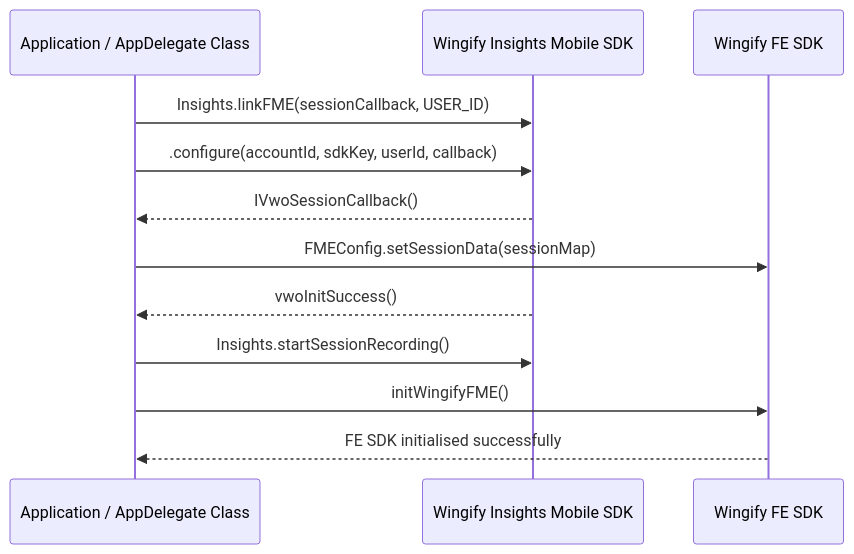
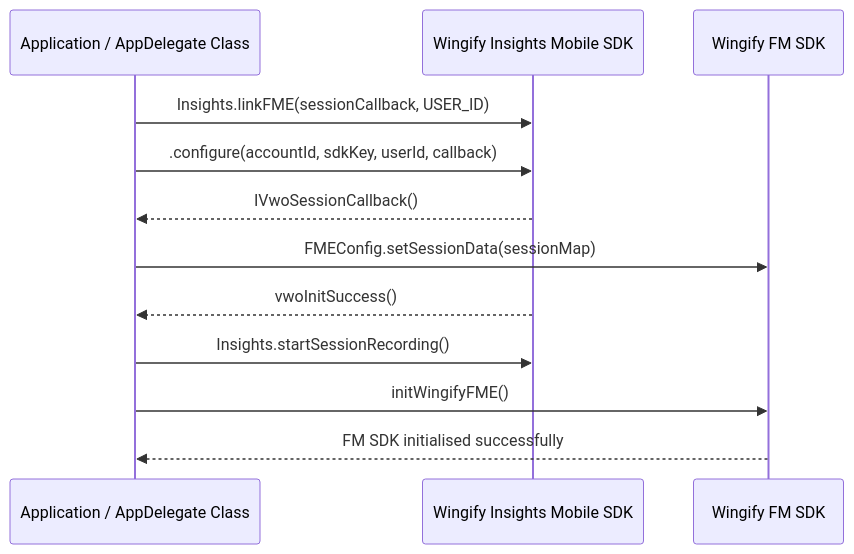
The diagram in docs/Integrations/fme-analytics-integrations/fme-integrations-vwo-insights-mobile.md (wingify/readme-central), drawn with Mermaid before and after one commit. The commit also changed other lines of this file and 192 other files, not shown here.

````diff
--- a/docs/Integrations/fme-analytics-integrations/fme-integrations-vwo-insights-mobile.md
+++ b/docs/Integrations/fme-analytics-integrations/fme-integrations-vwo-insights-mobile.md
@@ -195,16 +195,16 @@
 ```mermaid
 sequenceDiagram
     participant App as Application / AppDelegate Class
     participant Wingify as Wingify Insights Mobile SDK
-    participant FE as Wingify FE SDK
+    participant FM as Wingify FM SDK
 
     App->>Wingify:Insights.linkFME(sessionCallback, USER_ID)
     App->>Wingify:.configure(accountId, sdkKey, userId, callback)
     Wingify-->>App: IVwoSessionCallback()
-    App->>FE: FMEConfig.setSessionData(sessionMap)
+    App->>FM: FMEConfig.setSessionData(sessionMap)
     Wingify-->>App: vwoInitSuccess()
     App->>Wingify:Insights.startSessionRecording()
-    App->>FE: initWingifyFME()
-    FE-->>App: FE SDK initialised successfully
+    App->>FM: initWingifyFME()
+    FM-->>App: FM SDK initialised successfully
 
 ```
````
